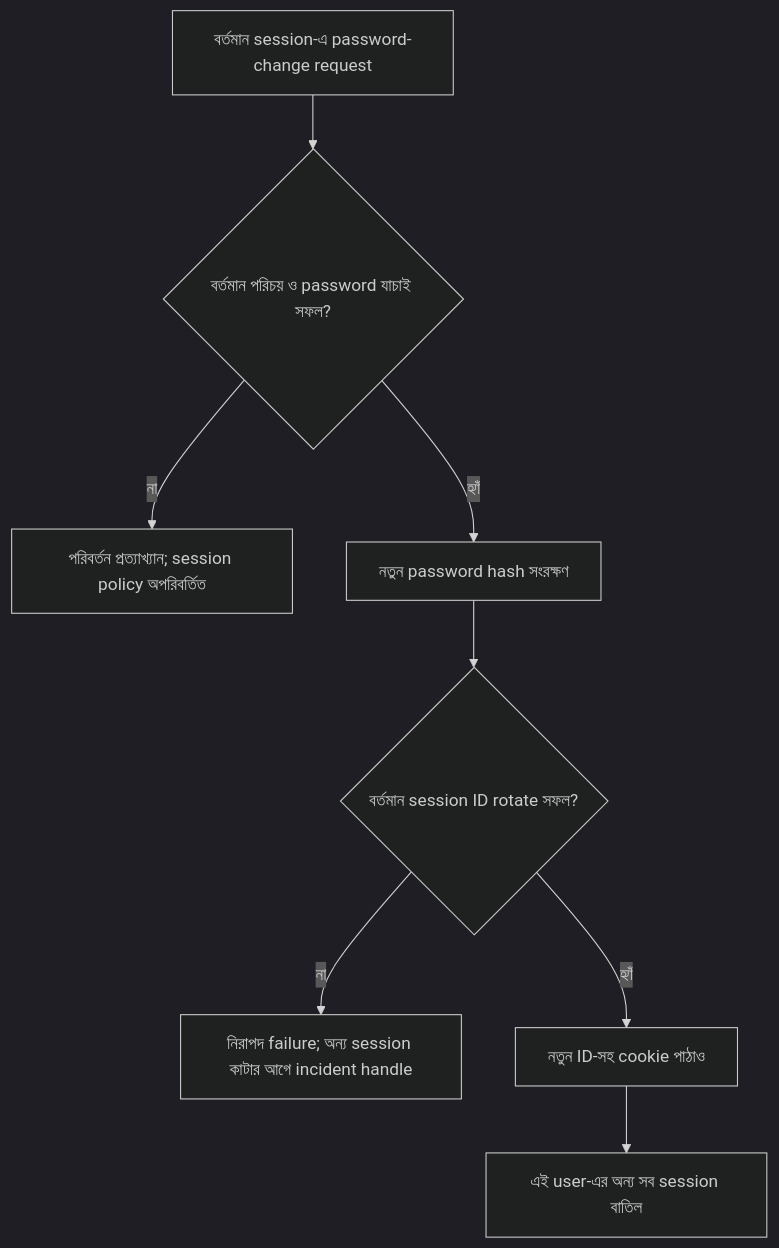
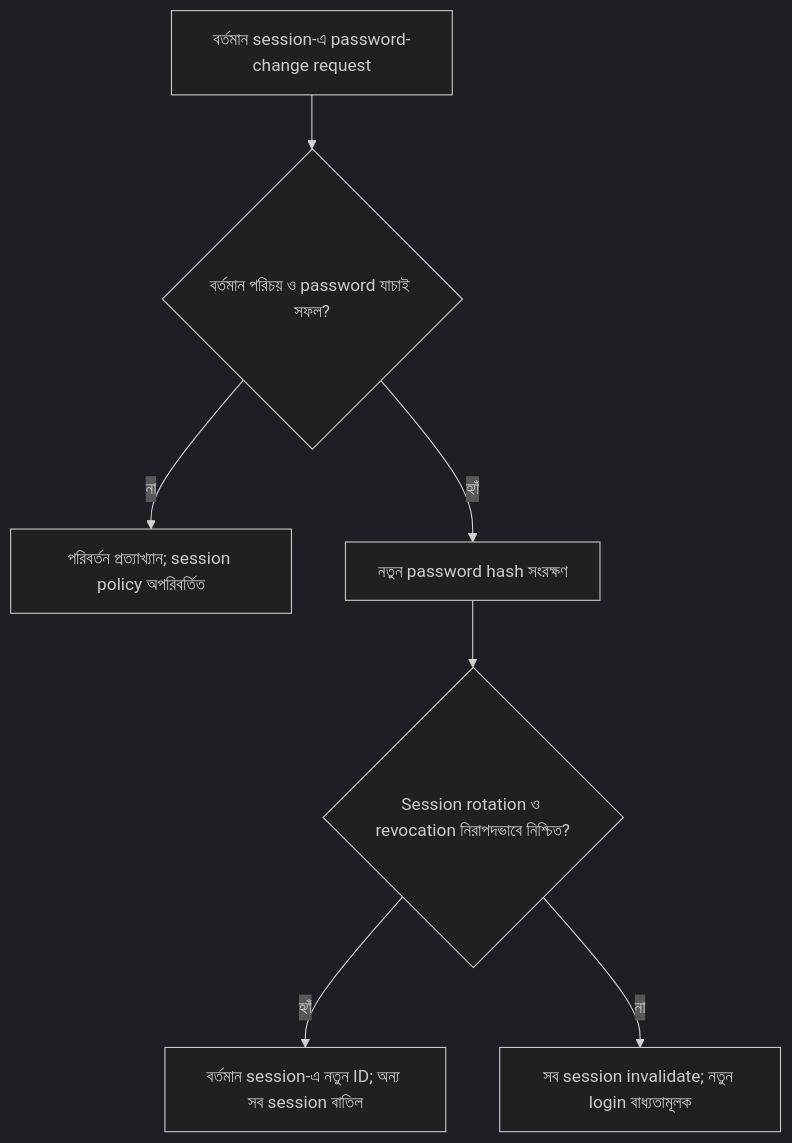
Before and after one commit to shomi-khan/auth-security-journey: the third of 8 diagrams in series/season-1-browser-session-token/05-session-hijacking-fixation/README.md, drawn with Mermaid (dark theme). The commit also changed other lines of this file, not shown here.

````diff
--- a/series/season-1-browser-session-token/05-session-hijacking-fixation/README.md
+++ b/series/season-1-browser-session-token/05-session-hijacking-fixation/README.md
@@ -210,10 +210,9 @@
 ```mermaid
 flowchart TD
     A["বর্তমান session-এ password-change request"] --> B{"বর্তমান পরিচয় ও password যাচাই সফল?"}
     B -->|না| X["পরিবর্তন প্রত্যাখ্যান; session policy অপরিবর্তিত"]
     B -->|হ্যাঁ| C["নতুন password hash সংরক্ষণ"]
-    C --> D{"বর্তমান session ID rotate সফল?"}
-    D -->|না| E["নিরাপদ failure; অন্য session কাটার আগে incident handle"]
-    D -->|হ্যাঁ| F["নতুন ID-সহ cookie পাঠাও"]
-    F --> G["এই user-এর অন্য সব session বাতিল"]
+    C --> D{"Session rotation ও revocation নিরাপদভাবে নিশ্চিত?"}
+    D -->|হ্যাঁ| F["বর্তমান session-এ নতুন ID; অন্য সব session বাতিল"]
+    D -->|না| E["সব session invalidate; নতুন login বাধ্যতামূলক"]
 ```
````
